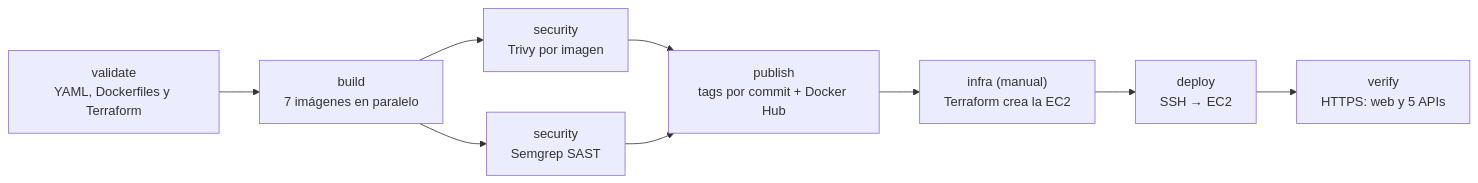
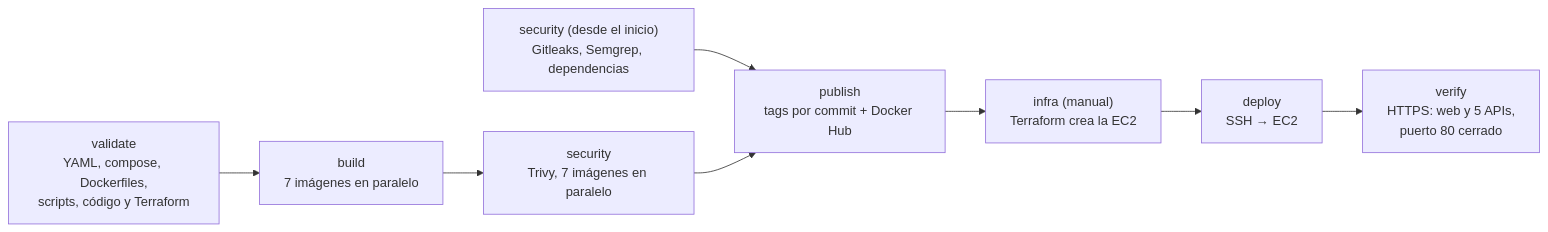
The diagram in PIPELINE.md (agusgut0/fintech-nova), drawn with Mermaid before and after one commit. The commit also changed other lines of this file and 18 other files, not shown here.

````diff
--- a/PIPELINE.md
+++ b/PIPELINE.md
@@ -10,11 +11,10 @@
 ```mermaid
 flowchart LR
-    V["validate<br/>YAML, Dockerfiles y Terraform"] --> B["build<br/>7 imágenes en paralelo"]
-    B --> S["security<br/>Trivy por imagen"]
-    B --> G["security<br/>Semgrep SAST"]
+    V["validate<br/>YAML, compose, Dockerfiles,<br/>scripts, código y Terraform"] --> B["build<br/>7 imágenes en paralelo"]
+    C["security (desde el inicio)<br/>Gitleaks, Semgrep, dependencias"] --> P
+    B --> S["security<br/>Trivy, 7 imágenes en paralelo"]
     S --> P["publish<br/>tags por commit + Docker Hub"]
-    G --> P
     P --> I["infra (manual)<br/>Terraform crea la EC2"]
     I --> D["deploy<br/>SSH → EC2"]
-    D --> T["verify<br/>HTTPS: web y 5 APIs"]
+    D --> T["verify<br/>HTTPS: web y 5 APIs,<br/>puerto 80 cerrado"]
 ```
````
